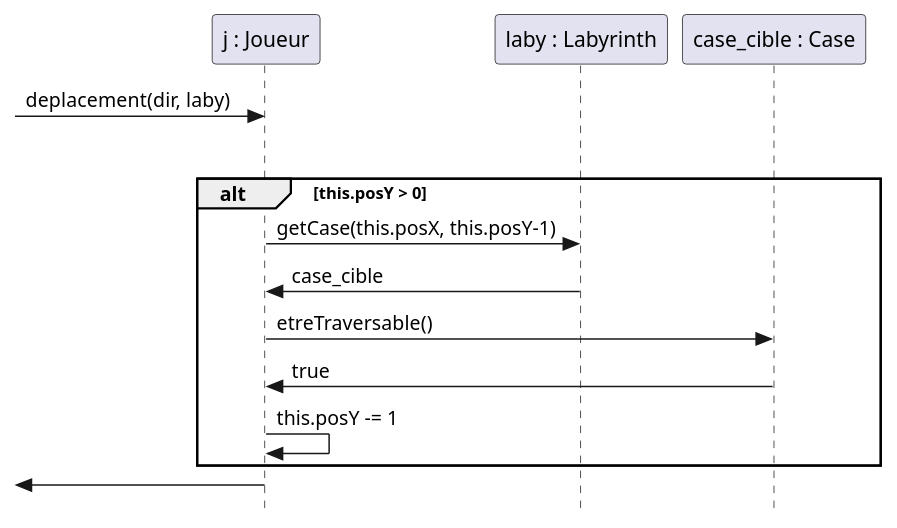
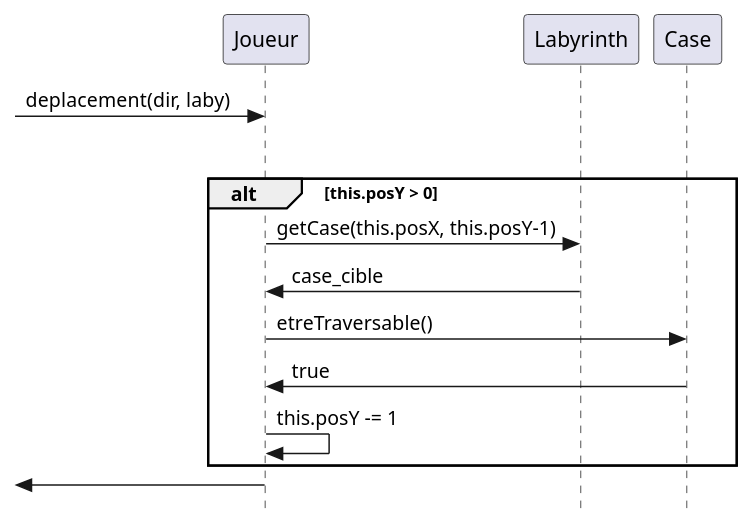
The diagram in projet_zeldiablo/documents/version_2/DiagrammeSequenceMurEtreTraversable.puml (Zayd54500/2026_COO_Zeldiablo_ZB_VJ_HD_MM), drawn with PlantUML before and after one commit. The commit also changed 2 other files, not shown here.

Commit message:
Modification diagramme séquence et labyrinth

```diff
--- a/projet_zeldiablo/documents/version_2/DiagrammeSequenceMurEtreTraversable.puml
+++ b/projet_zeldiablo/documents/version_2/DiagrammeSequenceMurEtreTraversable.puml
@@ -1,23 +1,23 @@
 @startuml
 hide footbox
 skinparam style strictuml
 
-participant "j : Joueur" as J
-participant "laby : Labyrinth" as L
-participant "case_cible : Case" as C
+participant "Joueur" as J
+participant "Labyrinth" as L
+participant "Case" as C
 
 -> J : deplacement(dir, laby)
 
 alt dir == 'N'
     alt this.posY > 0
         J -> L : getCase(this.posX, this.posY-1)
         L -> J : case_cible
         J -> C : etreTraversable()
         C -> J : true
         J -> J : this.posY -= 1
     end
     
 
 <- J : 
 
 @enduml
```
